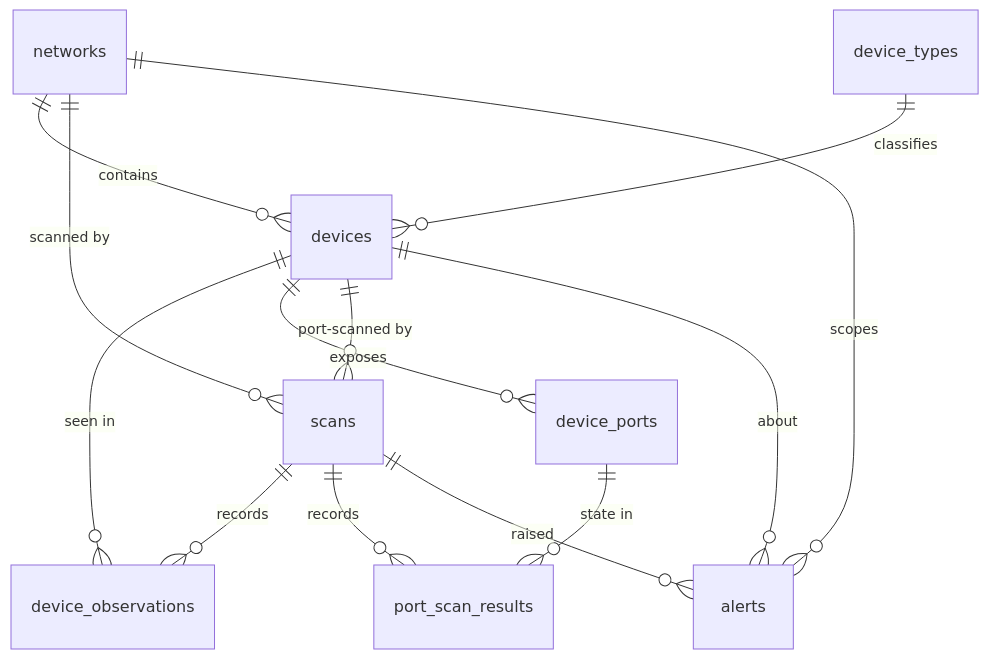
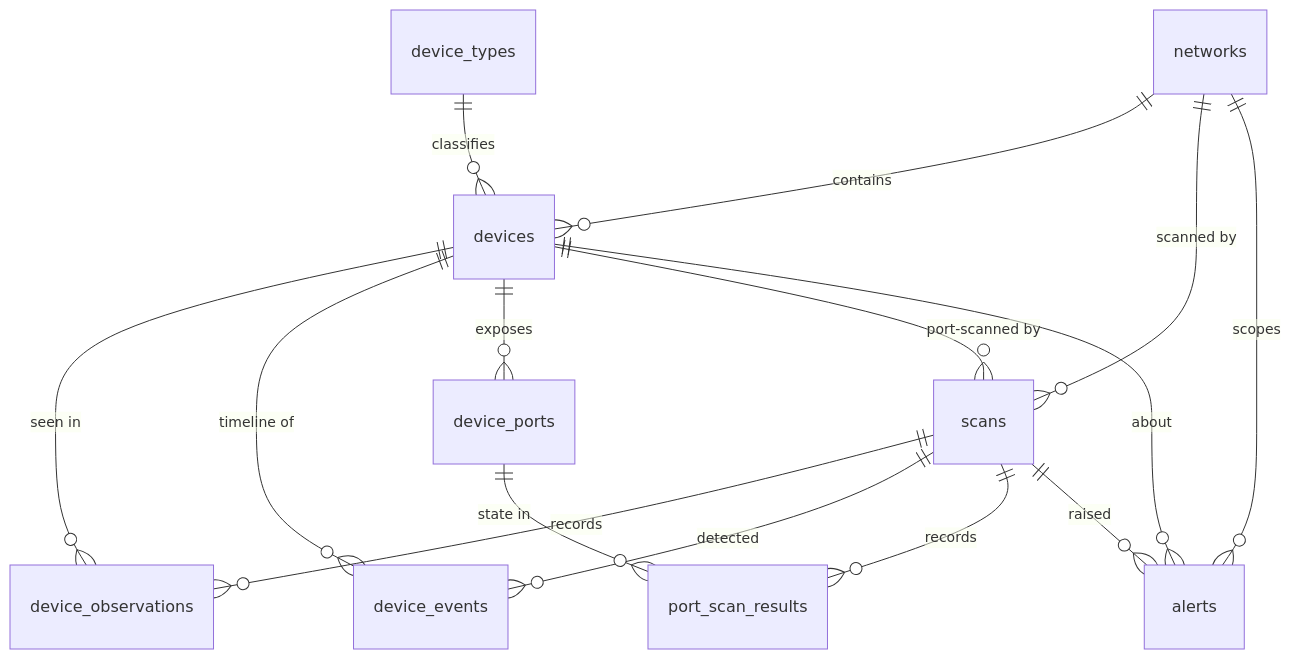
One commit to mayankmw/NetScope changed the diagram in docs/DATABASE.md. Above: the diagram before and after it, drawn with Mermaid. The commit also changed other lines of this file and 56 other files, not shown here.

Commit message:
feat(devices): add device details page with timeline and discovery history (GET /api/devices/:id)

````diff
--- a/docs/DATABASE.md
+++ b/docs/DATABASE.md
@@ -32,15 +33,17 @@
 ```mermaid
 erDiagram
   networks ||--o{ devices : contains
   networks ||--o{ scans : "scanned by"
   networks ||--o{ alerts : scopes
   device_types ||--o{ devices : classifies
   devices ||--o{ device_observations : "seen in"
   scans ||--o{ device_observations : records
+  devices ||--o{ device_events : "timeline of"
+  scans ||--o{ device_events : detected
   devices ||--o{ device_ports : exposes
   device_ports ||--o{ port_scan_results : "state in"
   scans ||--o{ port_scan_results : records
   devices ||--o{ scans : "port-scanned by"
   devices ||--o{ alerts : about
   scans ||--o{ alerts : raised
 ```
````
